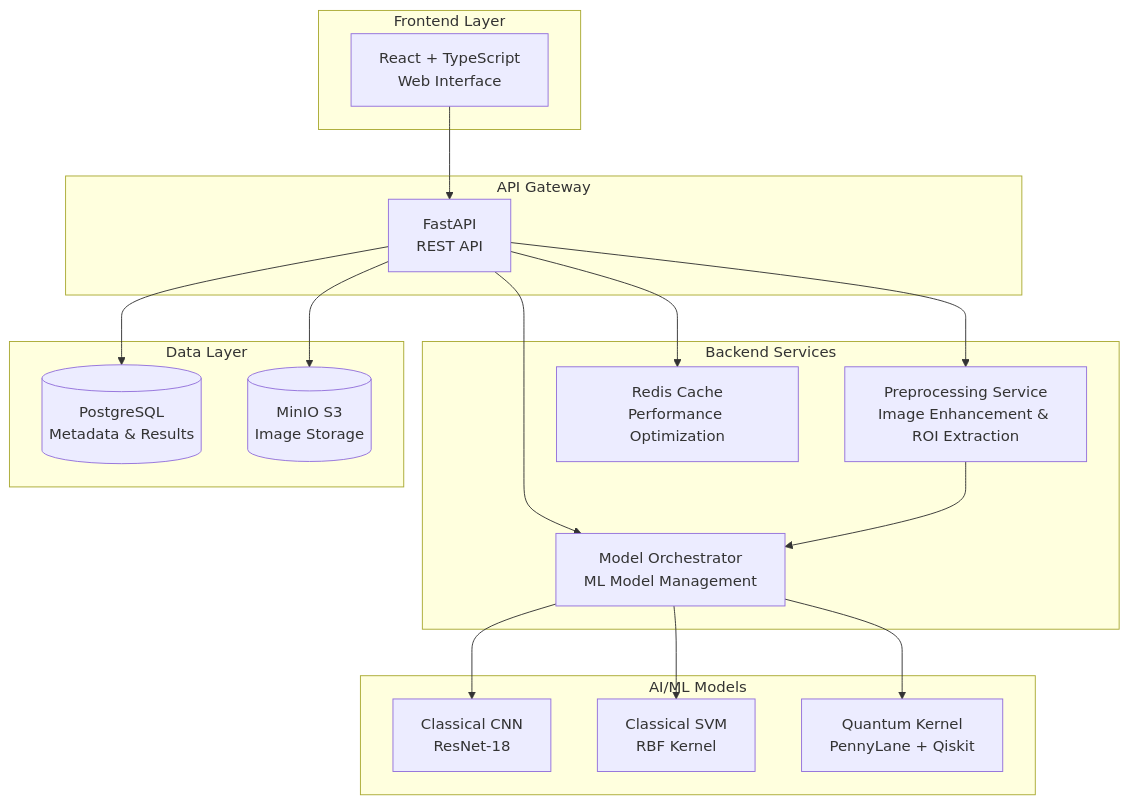
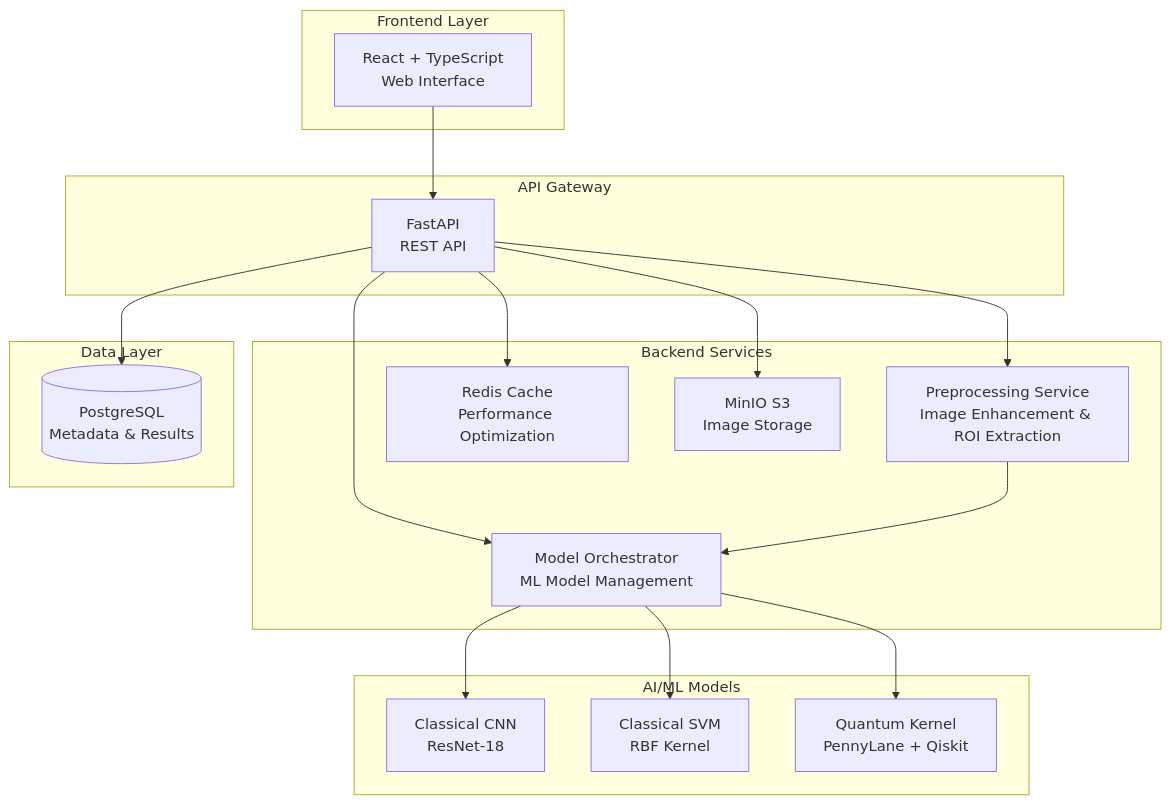
Before and after one commit to fikriirawan1979/DentalAssessment: the diagram in README.md, drawn with Mermaid. The commit also changed other lines of this file and 30 other files, not shown here.

````diff
--- a/README.md
+++ b/README.md
@@ -9,38 +9,38 @@
 ```mermaid
 graph TB
     subgraph "Frontend Layer"
         UI[React + TypeScript<br/>Web Interface]
     end
     
     subgraph "API Gateway"
         API[FastAPI<br/>REST API]
     end
     
     subgraph "Backend Services"
         PREP[Preprocessing Service<br/>Image Enhancement & ROI Extraction]
         MODEL[Model Orchestrator<br/>ML Model Management]
         CACHE[Redis Cache<br/>Performance Optimization]
+        STORAGE[MinIO S3<br/>Image Storage]
     end
     
     subgraph "AI/ML Models"
         CNN[Classical CNN<br/>ResNet-18]
         SVM[Classical SVM<br/>RBF Kernel]
         QKN[Quantum Kernel<br/>PennyLane + Qiskit]
     end
     
     subgraph "Data Layer"
         DB[(PostgreSQL<br/>Metadata & Results)]
-        S3[(MinIO S3<br/>Image Storage)]
     end
     
     UI --> API
     API --> PREP
     API --> MODEL
     API --> CACHE
+    API --> STORAGE
     PREP --> MODEL
     MODEL --> CNN
     MODEL --> SVM
     MODEL --> QKN
     API --> DB
-    API --> S3
 ```
````
